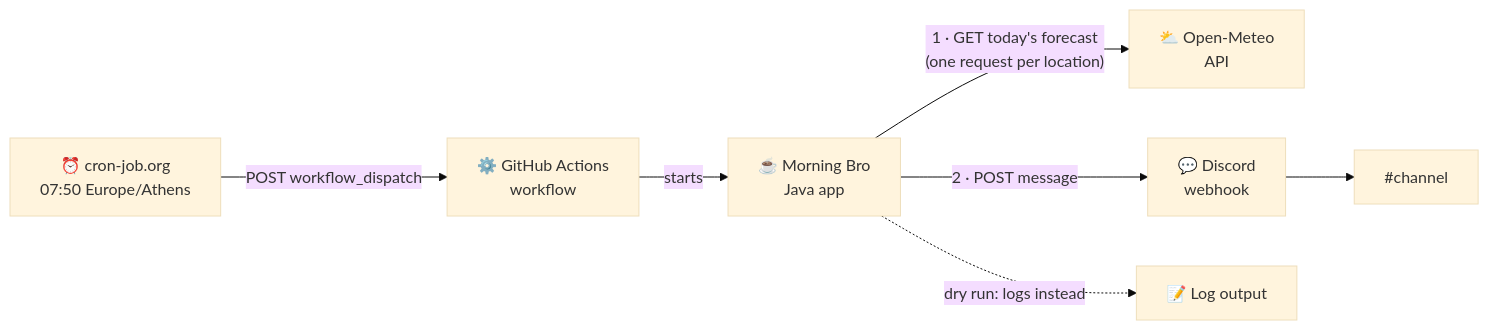
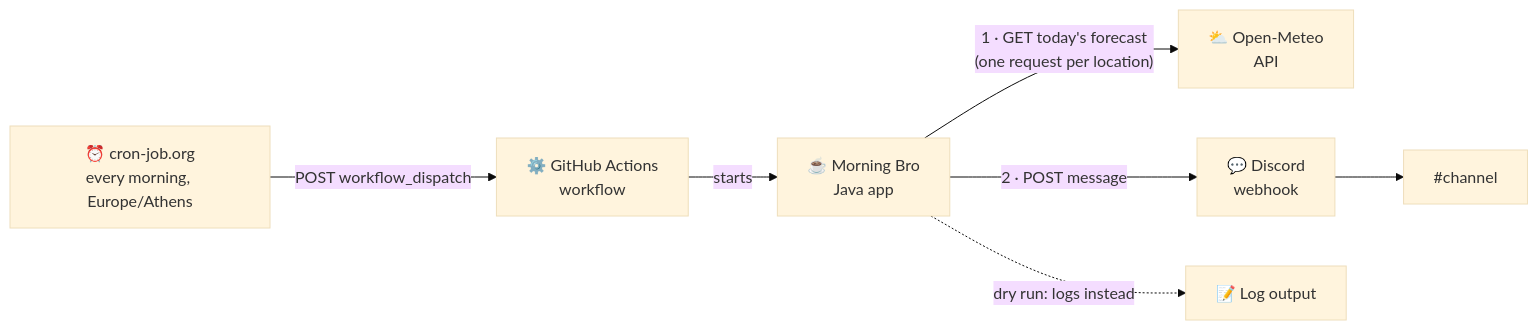
Before and after one commit to lefpap/morning-bro: the diagram in docs/architecture.md, drawn with Mermaid (base theme). The commit also changed other lines of this file and 3 other files, not shown here.

Commit message:
docs(#06): describe the daily trigger as every morning (#9)

````diff
--- a/docs/architecture.md
+++ b/docs/architecture.md
@@ -9,9 +9,9 @@
 ```mermaid
 flowchart LR
-    CRON["⏰ cron-job.org<br/>07:50 Europe/Athens"] -->|"POST workflow_dispatch"| GHA["⚙️ GitHub Actions<br/>workflow"]
+    CRON["⏰ cron-job.org<br/>every morning, Europe/Athens"] -->|"POST workflow_dispatch"| GHA["⚙️ GitHub Actions<br/>workflow"]
     GHA -->|starts| MB["☕ Morning Bro<br/>Java app"]
     MB -->|"1 · GET today's forecast<br/>(one request per location)"| OM["⛅ Open-Meteo<br/>API"]
     MB -->|"2 · POST message"| DC["💬 Discord<br/>webhook"]
     DC --> CH["#channel"]
     MB -.->|"dry run: logs instead"| LOG["📝 Log output"]
 ```
````
